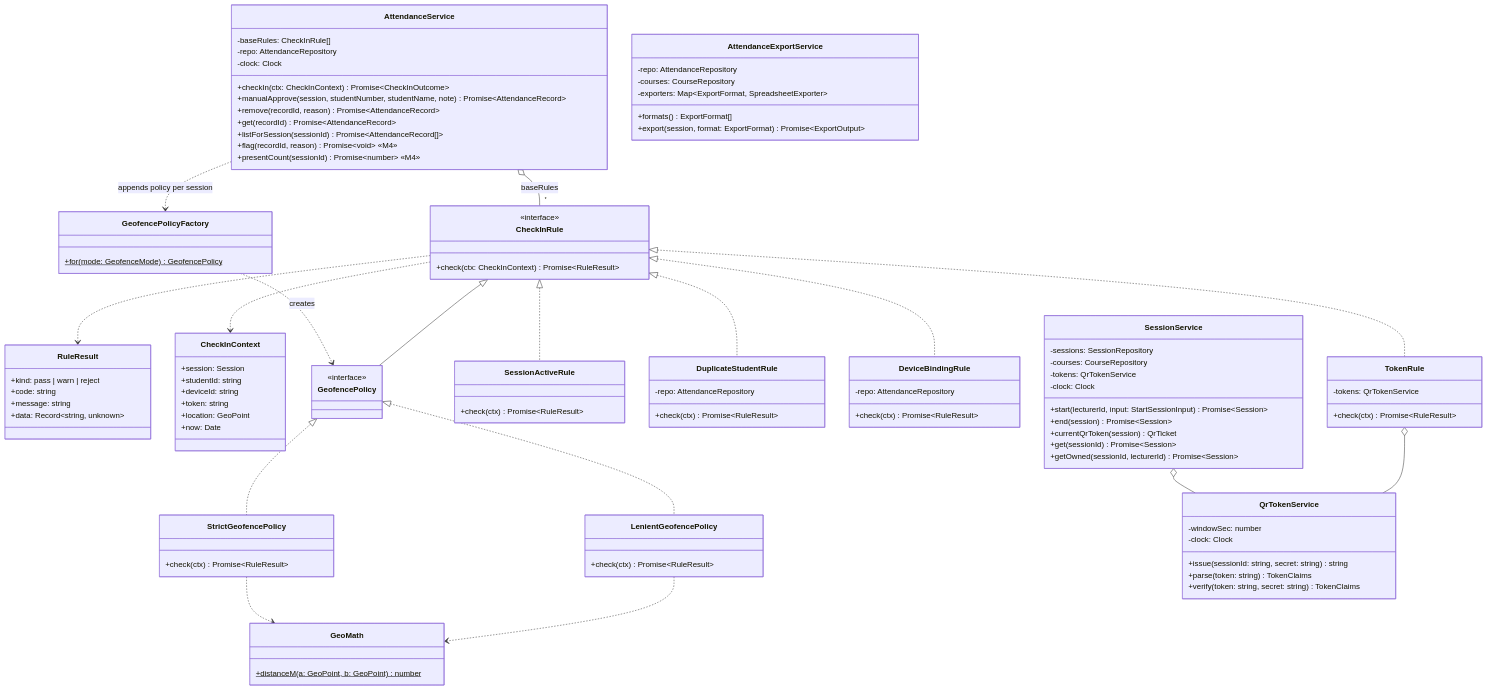
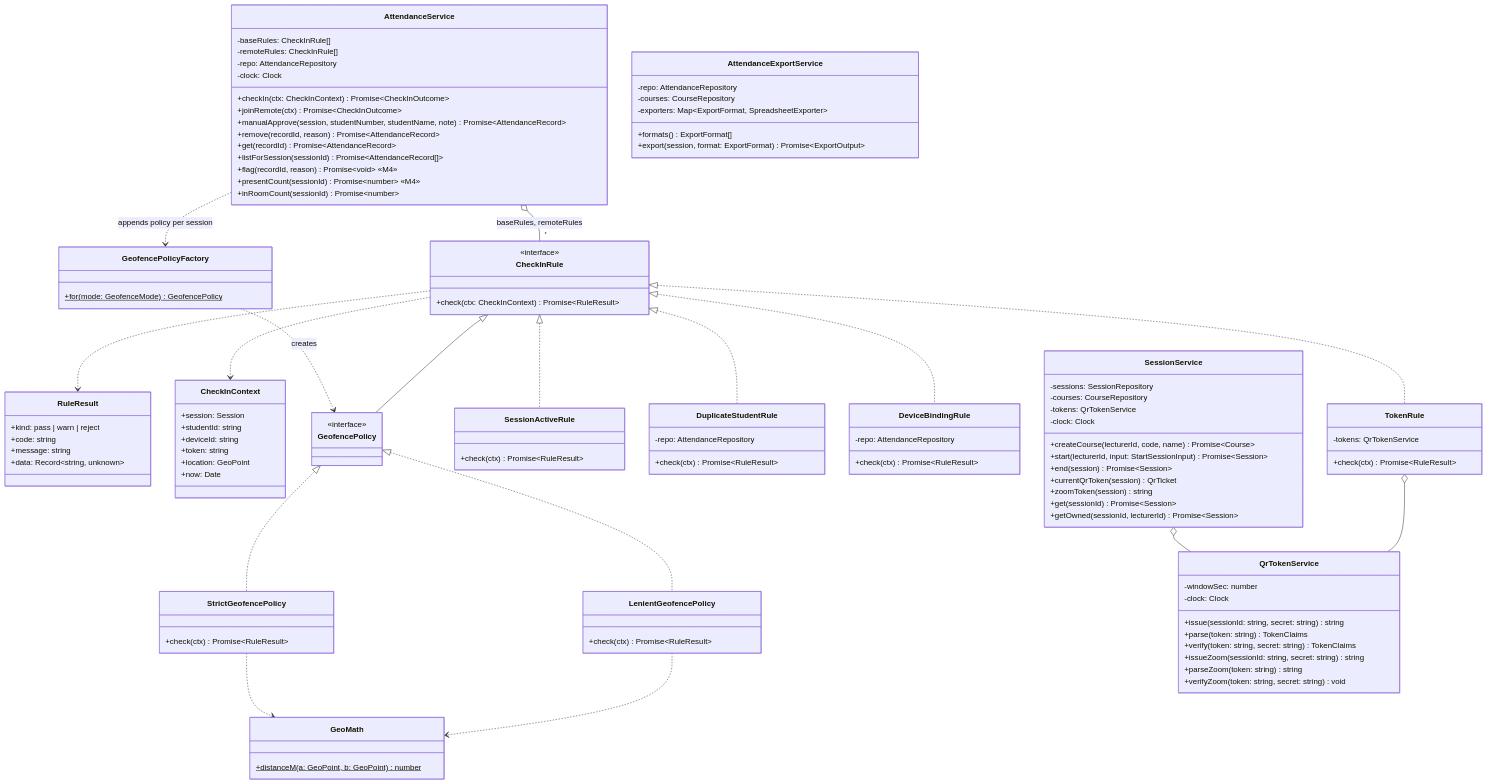
The third of 8 diagrams in docs/06-class-diagrams.md (GiladApel/classpulse), drawn with Mermaid before and after one commit. The commit also changed other lines of this file and 48 other files, not shown here.

First line of the commit message:
Admin page, lecturer-created courses, Zoom attendance

```diff
--- a/docs/06-class-diagrams.md
+++ b/docs/06-class-diagrams.md
@@ -317,27 +317,35 @@
     +issue(sessionId: string, secret: string) string
     +parse(token: string) TokenClaims
     +verify(token: string, secret: string) TokenClaims
+    +issueZoom(sessionId: string, secret: string) string
+    +parseZoom(token: string) string
+    +verifyZoom(token: string, secret: string) void
   }
   class AttendanceService {
     -baseRules: CheckInRule[]
+    -remoteRules: CheckInRule[]
     -repo: AttendanceRepository
     -clock: Clock
     +checkIn(ctx: CheckInContext) Promise~CheckInOutcome~
+    +joinRemote(ctx) Promise~CheckInOutcome~
     +manualApprove(session, studentNumber, studentName, note) Promise~AttendanceRecord~
     +remove(recordId, reason) Promise~AttendanceRecord~
     +get(recordId) Promise~AttendanceRecord~
     +listForSession(sessionId) Promise~AttendanceRecord[]~
     +flag(recordId, reason) Promise~void~ «M4»
     +presentCount(sessionId) Promise~number~ «M4»
+    +inRoomCount(sessionId) Promise~number~
   }
   class SessionService {
     -sessions: SessionRepository
     -courses: CourseRepository
     -tokens: QrTokenService
     -clock: Clock
+    +createCourse(lecturerId, code, name) Promise~Course~
     +start(lecturerId, input: StartSessionInput) Promise~Session~
     +end(session) Promise~Session~
     +currentQrToken(session) QrTicket
+    +zoomToken(session) string
     +get(sessionId) Promise~Session~
     +getOwned(sessionId, lecturerId) Promise~Session~
   }
@@ -361,7 +369,7 @@
   StrictGeofencePolicy ..> GeoMath
   TokenRule o-- QrTokenService
   SessionService o-- QrTokenService
-  AttendanceService o-- "*" CheckInRule : baseRules
+  AttendanceService o-- "*" CheckInRule : baseRules, remoteRules
   AttendanceService ..> GeofencePolicyFactory : appends policy per session
   CheckInRule ..> CheckInContext
   CheckInRule ..> RuleResult
```
